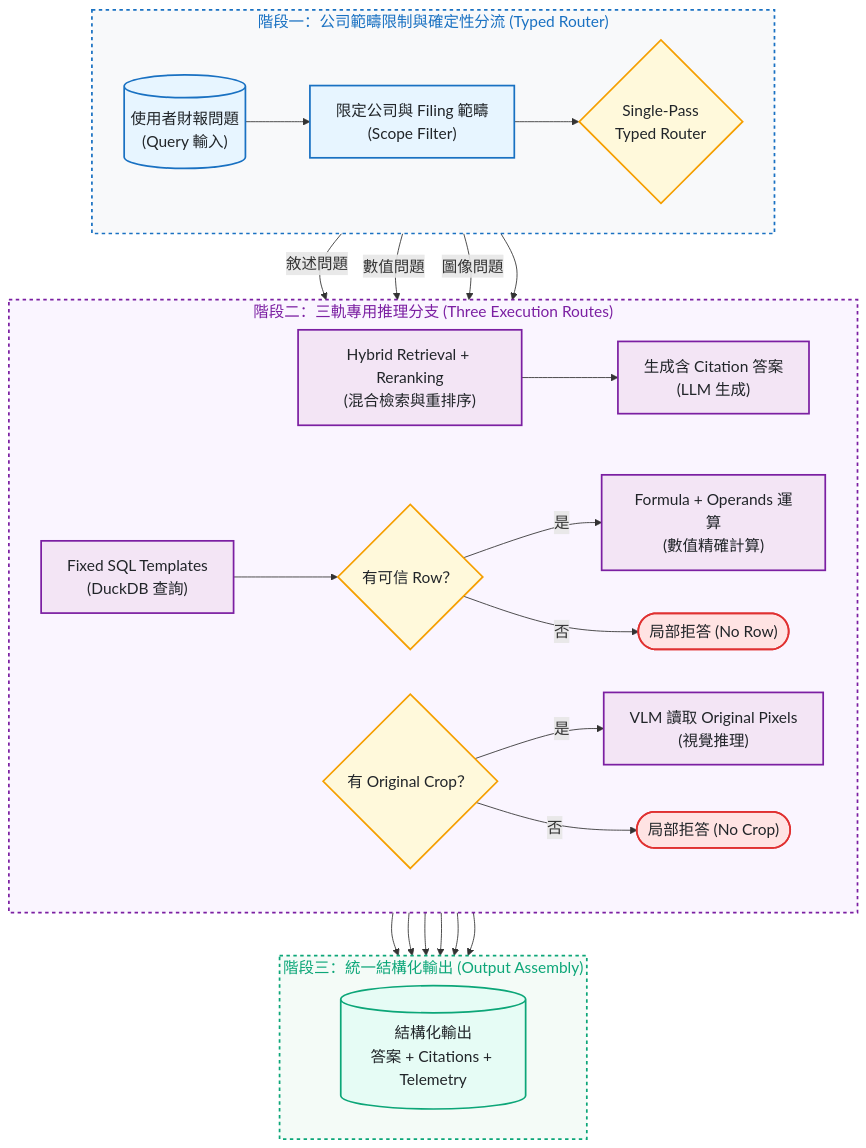
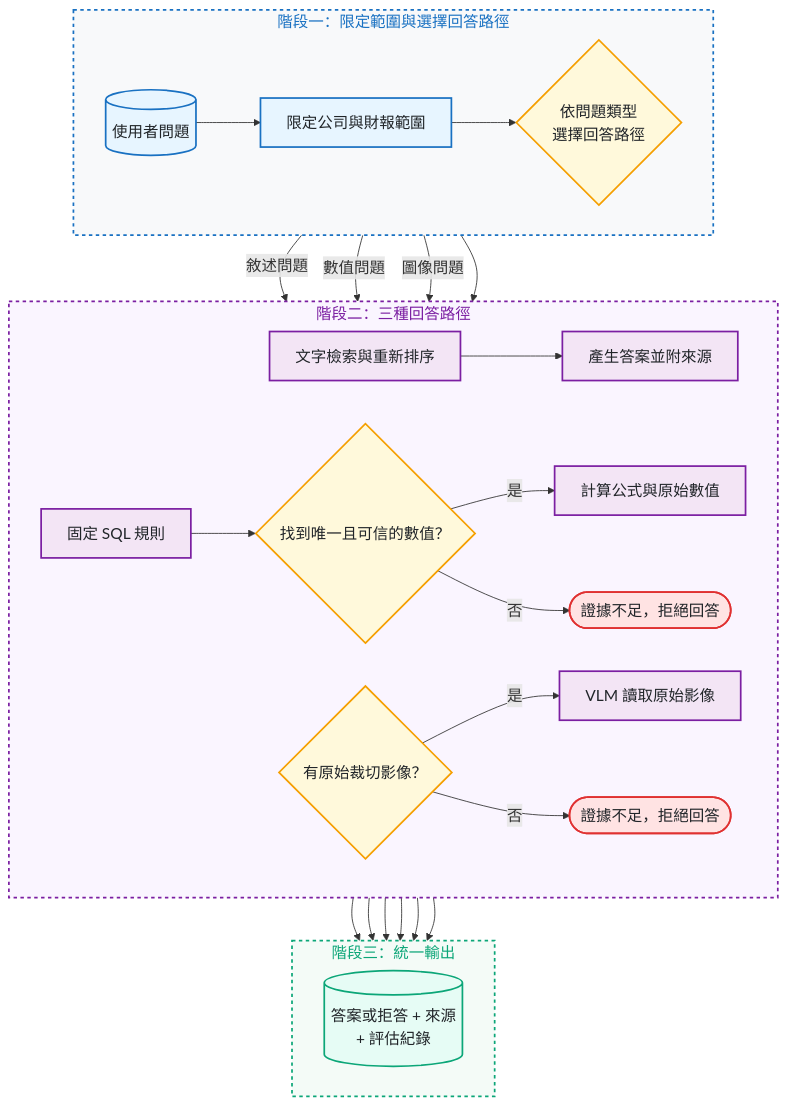
The second of 2 diagrams in README.md (kuotunyu/tw-filing-intelligence), drawn with Mermaid before and after one commit. The commit also changed other lines of this file, not shown here.

````diff
--- a/README.md
+++ b/README.md
@@ -86,42 +90,42 @@
 ```mermaid
 %%{init: {'themeVariables': {'fontSize': '18px'}}}%%
 flowchart TD
-    subgraph RouteStage ["階段一：公司範疇限制與確定性分流 (Typed Router)"]
+    subgraph RouteStage ["階段一：限定範圍與選擇回答路徑"]
         direction LR
-        Query[("使用者財報問題<br/>(Query 輸入)")] --> Scope["限定公司與 Filing 範疇<br/>(Scope Filter)"] --> Router{"Single-Pass<br/>Typed Router"}
+        Query[("使用者問題")] --> Scope["限定公司與財報範圍"] --> Router{"依問題類型<br/>選擇回答路徑"}
     end
 
-    subgraph ExecStage ["階段二：三軌專用推理分支 (Three Execution Routes)"]
+    subgraph ExecStage ["階段二：三種回答路徑"]
         direction LR
-        Router -->|"敘述問題"| Retrieve["Hybrid Retrieval + Reranking<br/>(混合檢索與重排序)"] --> Gen["生成含 Citation 答案<br/>(LLM 生成)"]
-        Router -->|"數值問題"| SQL["Fixed SQL Templates<br/>(DuckDB 查詢)"] --> NumCheck{"有可信 Row？"}
-        NumCheck -->|"是"| Calc["Formula + Operands 運算<br/>(數值精確計算)"]
-        NumCheck -->|"否"| Refuse1(["局部拒答 (No Row)"])
-        Router -->|"圖像問題"| CropCheck{"有 Original Crop？"}
-        CropCheck -->|"是"| VLM["VLM 讀取 Original Pixels<br/>(視覺推理)"]
-        CropCheck -->|"否"| Refuse2(["局部拒答 (No Crop)"])
+        Router -->|"敘述問題"| Retrieve["文字檢索與重新排序"] --> Gen["產生答案並附來源"]
+        Router -->|"數值問題"| SQL["固定 SQL 規則"] --> NumCheck{"找到唯一且可信的數值？"}
+        NumCheck -->|"是"| Calc["計算公式與原始數值"]
+        NumCheck -->|"否"| Refuse1(["證據不足，拒絕回答"])
+        Router -->|"圖像問題"| CropCheck{"有原始裁切影像？"}
+        CropCheck -->|"是"| VLM["VLM 讀取原始影像"]
+        CropCheck -->|"否"| Refuse2(["證據不足，拒絕回答"])
     end
 
-    subgraph OutStage ["階段三：統一結構化輸出 (Output Assembly)"]
+    subgraph OutStage ["階段三：統一輸出"]
         direction LR
-        Gen & Calc & VLM & Refuse1 & Refuse2 --> Output[("結構化輸出<br/>答案 + Citations + Telemetry")]
+        Gen & Calc & VLM & Refuse1 & Refuse2 --> Output[("答案或拒答 + 來源<br/>+ 評估紀錄")]
     end
 
     RouteStage --> ExecStage --> OutStage
 
     classDef srcStyle fill:#e7f5ff,stroke:#1971c2,stroke-width:2px,color:#212529
     classDef condStyle fill:#fff9db,stroke:#f59f00,stroke-width:2px,color:#212529
     classDef routeStyle fill:#f3e5f5,stroke:#7b1fa2,stroke-width:2px,color:#212529
     classDef outStyle fill:#e6fcf5,stroke:#0ca678,stroke-width:2px,color:#212529
     classDef rejStyle fill:#ffe3e3,stroke:#e03131,stroke-width:2px,color:#212529
 
     class Query,Scope srcStyle
     class Router,NumCheck,CropCheck condStyle
     class Retrieve,Gen,SQL,Calc,VLM routeStyle
     class Output outStyle
     class Refuse1,Refuse2 rejStyle
 
     style RouteStage fill:#f8f9fa,stroke:#1971c2,stroke-width:2px,color:#1971c2,stroke-dasharray: 4 4
     style ExecStage fill:#faf5ff,stroke:#7b1fa2,stroke-width:2px,color:#7b1fa2,stroke-dasharray: 4 4
     style OutStage fill:#f4fbf7,stroke:#0ca678,stroke-width:2px,color:#0ca678,stroke-dasharray: 4 4
 ```
````
